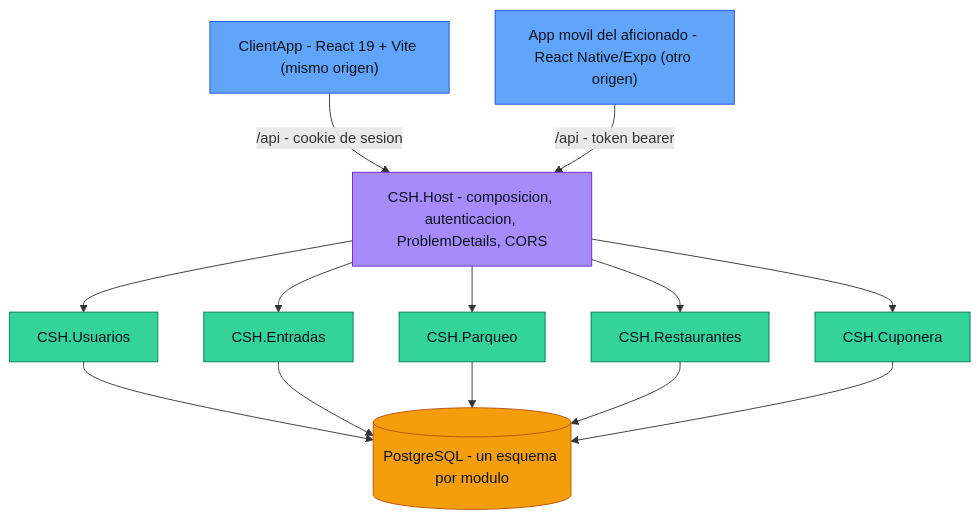
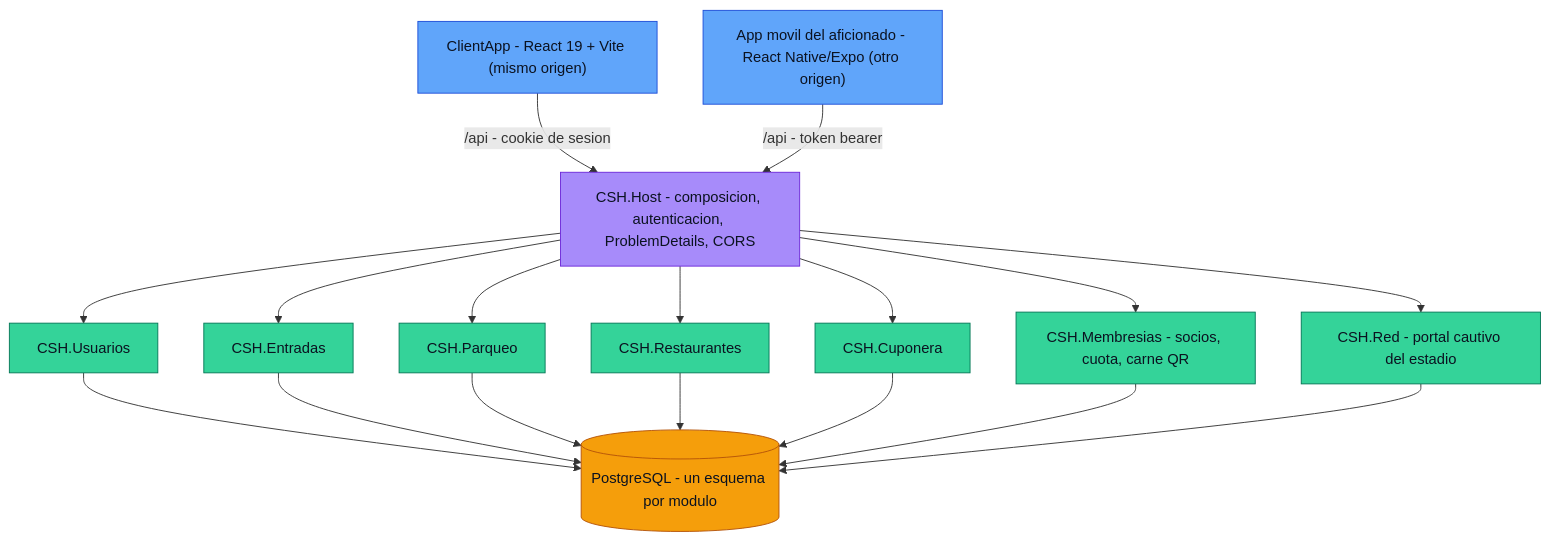
One commit to S3-Simple-Software-Solutions/CSH changed the second of 13 diagrams in docs/diagramas.md. Above: the diagram before and after it, drawn with Mermaid.

Commit message:
docs(diagramas): agregar los modulos de membresias y red al monolito
El board tiene dos bounded contexts que no estaban en el diagrama:

- M11 Membresias: socios, niveles, cuota y morosidad, carne digital con QR,
  motor de beneficios y padron
- M10 Red: portal cautivo del estadio, autenticacion de red y bitacora

Validacion: los 13 bloques mermaid parsean con mermaid@11.

Claude-Session: https://claude.ai/code/session_01DeQZiafEUfR3RH8uUt6cFa

````diff
--- a/docs/diagramas.md
+++ b/docs/diagramas.md
@@ -44,35 +44,41 @@
 ```mermaid
 flowchart TB
     classDef cliente fill:#60a5fa,color:#0b1220,stroke:#1d4ed8
     classDef host fill:#a78bfa,color:#0b1220,stroke:#6d28d9
     classDef modulo fill:#34d399,color:#0b1220,stroke:#047857
     classDef datos fill:#f59e0b,color:#0b1220,stroke:#b45309
 
     SPA["ClientApp - React 19 + Vite (mismo origen)"]:::cliente
     Movil["App movil del aficionado - React Native/Expo (otro origen)"]:::cliente
 
     Host["CSH.Host - composicion, autenticacion, ProblemDetails, CORS"]:::host
 
     Usuarios[CSH.Usuarios]:::modulo
     Entradas[CSH.Entradas]:::modulo
     Parqueo[CSH.Parqueo]:::modulo
     Restaurantes[CSH.Restaurantes]:::modulo
     Cuponera[CSH.Cuponera]:::modulo
+    Membresias["CSH.Membresias - socios, cuota, carne QR"]:::modulo
+    Red["CSH.Red - portal cautivo del estadio"]:::modulo
 
     DB[(PostgreSQL - un esquema por modulo)]:::datos
 
     SPA -->|"/api - cookie de sesion"| Host
     Movil -->|"/api - token bearer"| Host
 
     Host --> Usuarios
     Host --> Entradas
     Host --> Parqueo
     Host --> Restaurantes
     Host --> Cuponera
+    Host --> Membresias
+    Host --> Red
 
     Usuarios --> DB
     Entradas --> DB
     Parqueo --> DB
     Restaurantes --> DB
     Cuponera --> DB
+    Membresias --> DB
+    Red --> DB
 ```
````
